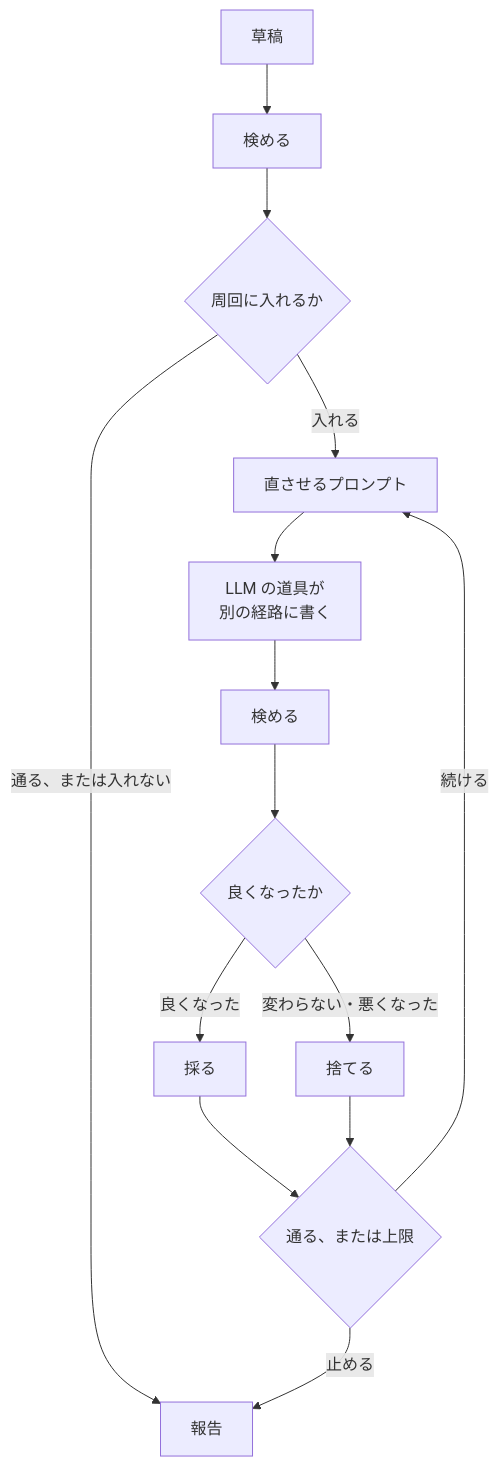
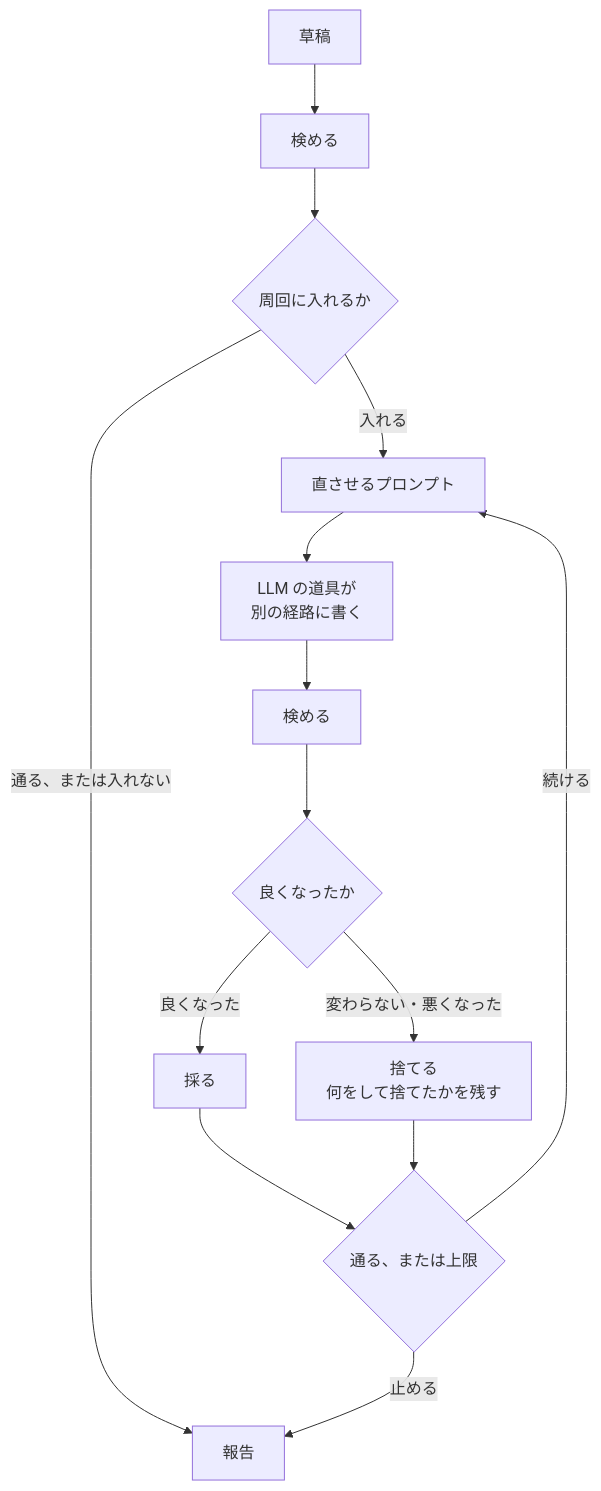
One commit to lambdalisue/kuchiyose changed the second of 2 diagrams in docs/spec/400-write.md. Above: the diagram before and after it, drawn with Mermaid. The commit also changed other lines of this file and 11 other files, not shown here.

````diff
--- a/docs/spec/400-write.md
+++ b/docs/spec/400-write.md
@@ -223,16 +223,16 @@
 ```mermaid
 flowchart TB
   start["草稿"] --> r0["検める"]
   r0 --> q0{"周回に入れるか"}
   q0 -- "通る、または入れない" --> done["報告"]
   q0 -- "入れる" --> p["直させるプロンプト"]
   p --> agent["LLM の道具が<br/>別の経路に書く"]
   agent --> rn["検める"]
   rn --> keep{"良くなったか"}
   keep -- "良くなった" --> adopt["採る"]
-  keep -- "変わらない・悪くなった" --> drop["捨てる"]
+  keep -- "変わらない・悪くなった" --> drop["捨てる<br/>何をして捨てたかを残す"]
   adopt --> stop{"通る、または上限"}
   drop --> stop
   stop -- "続ける" --> p
   stop -- "止める" --> done
 ```
````
